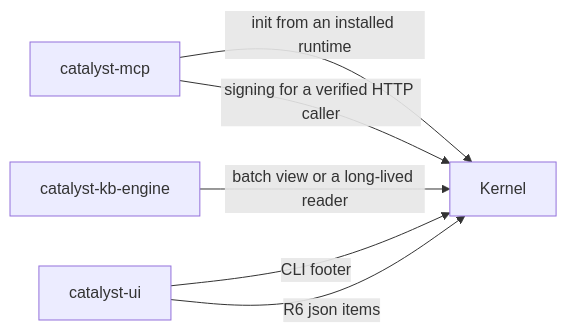
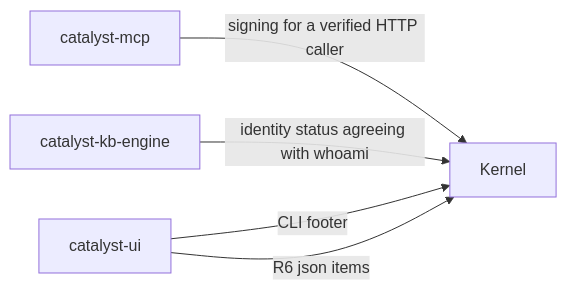
One commit to cantica-tech/catalyst-docs changed the fifth of 7 diagrams in docs/guide/manual/90-next-steps.md. Above: the diagram before and after it, drawn with Mermaid. The commit also changed other lines of this file and 9 other files, not shown here.

````diff
--- a/docs/guide/manual/90-next-steps.md
+++ b/docs/guide/manual/90-next-steps.md
@@ -190,8 +191,7 @@
 ```mermaid
 flowchart LR
-    mcp["catalyst-mcp"] -->|"init from an installed runtime"| k["Kernel"]
-    mcp -->|"signing for a verified HTTP caller"| k
-    eng["catalyst-kb-engine"] -->|"batch view or a long-lived reader"| k
+    mcp["catalyst-mcp"] -->|"signing for a verified HTTP caller"| k["Kernel"]
+    eng["catalyst-kb-engine"] -->|"identity status agreeing with whoami"| k
     ui["catalyst-ui"] -->|"CLI footer"| k
     ui -->|"R6 json items"| k
 ```
````
